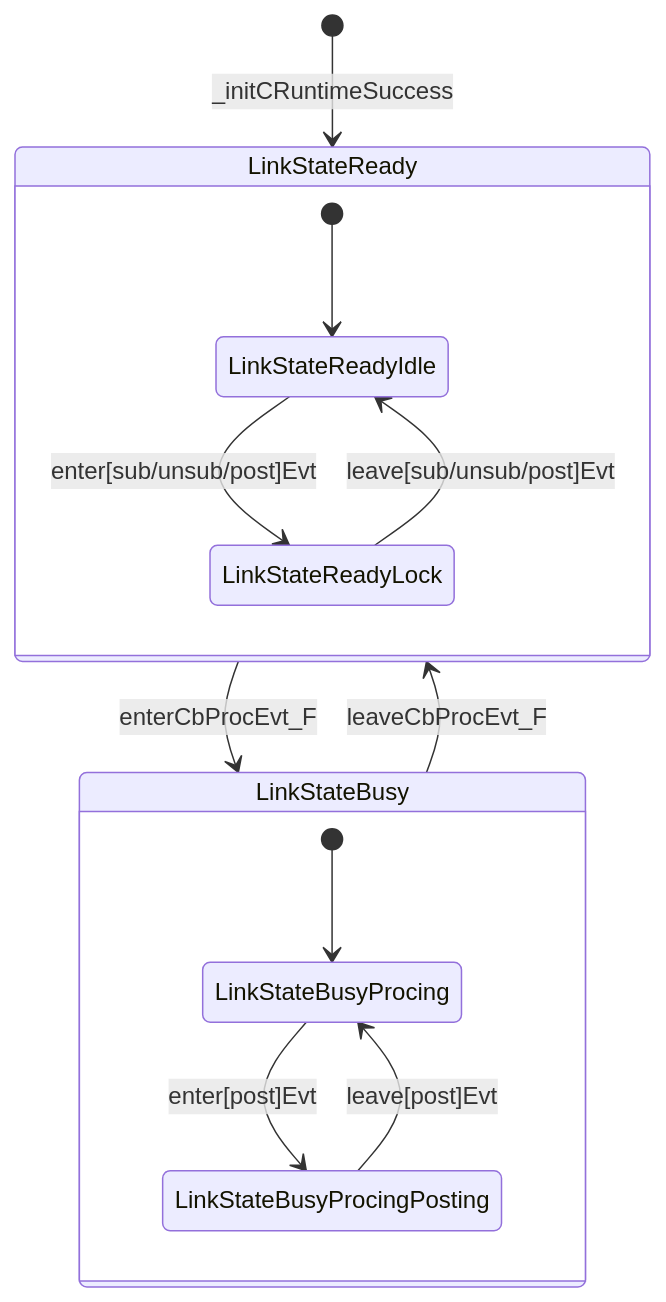
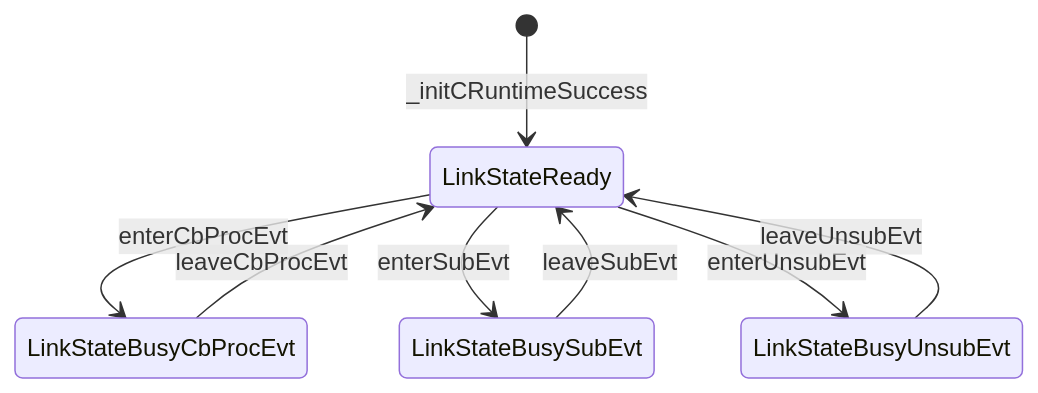
Before and after one commit to EnigmaWU/MyIOC_inTDD_withGHC: the diagram in README_ArchDesign.md, drawn with Mermaid. The commit also changed other lines of this file and 2 other files, not shown here.

Commit message:
[RED] Redefine StateMachine of EVT::Conles

````diff
--- a/README_ArchDesign.md
+++ b/README_ArchDesign.md
@@ -103,19 +87,12 @@
 ```mermaid
 stateDiagram-v2
   [*] --> LinkStateReady: _initCRuntimeSuccess
-  LinkStateReady --> LinkStateBusy: enterCbProcEvt_F
-  LinkStateBusy --> LinkStateReady: leaveCbProcEvt_F
-  state LinkStateReady
-  {
-    [*] --> LinkStateReadyIdle
-    LinkStateReadyIdle --> LinkStateReadyLock: enter[sub/unsub/post]Evt
-    LinkStateReadyLock --> LinkStateReadyIdle: leave[sub/unsub/post]Evt
-  }
-  state LinkStateBusy
-  {
-    [*] --> LinkStateBusyProcing
-    LinkStateBusyProcing --> LinkStateBusyProcingPosting: enter[post]Evt
-    LinkStateBusyProcingPosting --> LinkStateBusyProcing: leave[post]Evt
-  }
-  
+  LinkStateReady --> LinkStateBusyCbProcEvt: enterCbProcEvt
+  LinkStateBusyCbProcEvt --> LinkStateReady: leaveCbProcEvt
+
+  LinkStateReady --> LinkStateBusySubEvt: enterSubEvt
+  LinkStateBusySubEvt --> LinkStateReady: leaveSubEvt
+
+  LinkStateReady --> LinkStateBusyUnsubEvt: enterUnsubEvt
+  LinkStateBusyUnsubEvt --> LinkStateReady: leaveUnsubEvt
 ```
````
